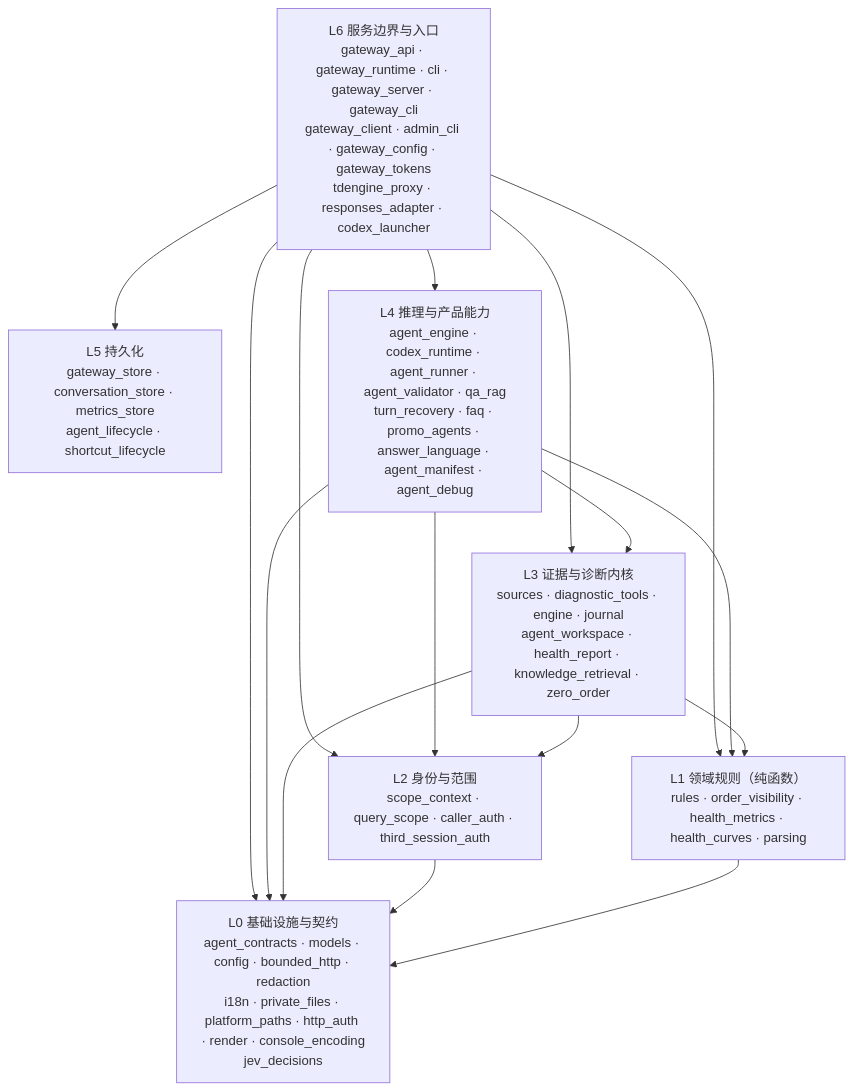
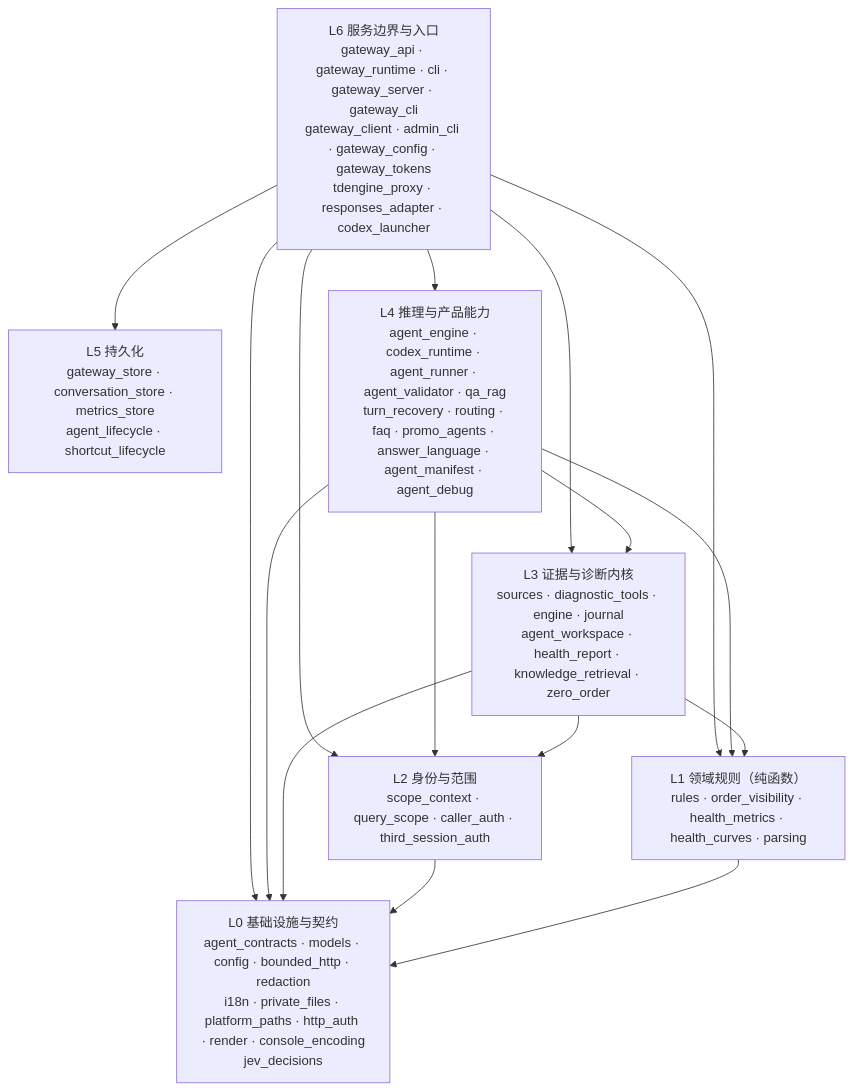
The diagram in README.md (kilbertert/AI-Ops), drawn with Mermaid before and after one commit. The commit also changed other lines of this file and 12 other files, not shown here.

````diff
--- a/README.md
+++ b/README.md
@@ -174,26 +174,26 @@
 ```mermaid
 flowchart TB
     L6["L6 服务边界与入口<br/>gateway_api · gateway_runtime · cli · gateway_server · gateway_cli<br/>gateway_client · admin_cli · gateway_config · gateway_tokens<br/>tdengine_proxy · responses_adapter · codex_launcher"]
     L5["L5 持久化<br/>gateway_store · conversation_store · metrics_store<br/>agent_lifecycle · shortcut_lifecycle"]
-    L4["L4 推理与产品能力<br/>agent_engine · codex_runtime · agent_runner · agent_validator · qa_rag<br/>turn_recovery · faq · promo_agents · answer_language · agent_manifest · agent_debug"]
+    L4["L4 推理与产品能力<br/>agent_engine · codex_runtime · agent_runner · agent_validator · qa_rag<br/>turn_recovery · routing · faq · promo_agents · answer_language · agent_manifest · agent_debug"]
     L3["L3 证据与诊断内核<br/>sources · diagnostic_tools · engine · journal<br/>agent_workspace · health_report · knowledge_retrieval · zero_order"]
     L2["L2 身份与范围<br/>scope_context · query_scope · caller_auth · third_session_auth"]
     L1["L1 领域规则（纯函数）<br/>rules · order_visibility · health_metrics · health_curves · parsing"]
     L0["L0 基础设施与契约<br/>agent_contracts · models · config · bounded_http · redaction<br/>i18n · private_files · platform_paths · http_auth · render · console_encoding<br/>jev_decisions"]
 
     L6 --> L5
     L6 --> L4
     L6 --> L3
     L6 --> L2
     L6 --> L1
     L6 --> L0
     L4 --> L3
     L4 --> L2
     L4 --> L1
     L4 --> L0
     L3 --> L2
     L3 --> L1
     L3 --> L0
     L2 --> L0
     L1 --> L0
 ```
````
